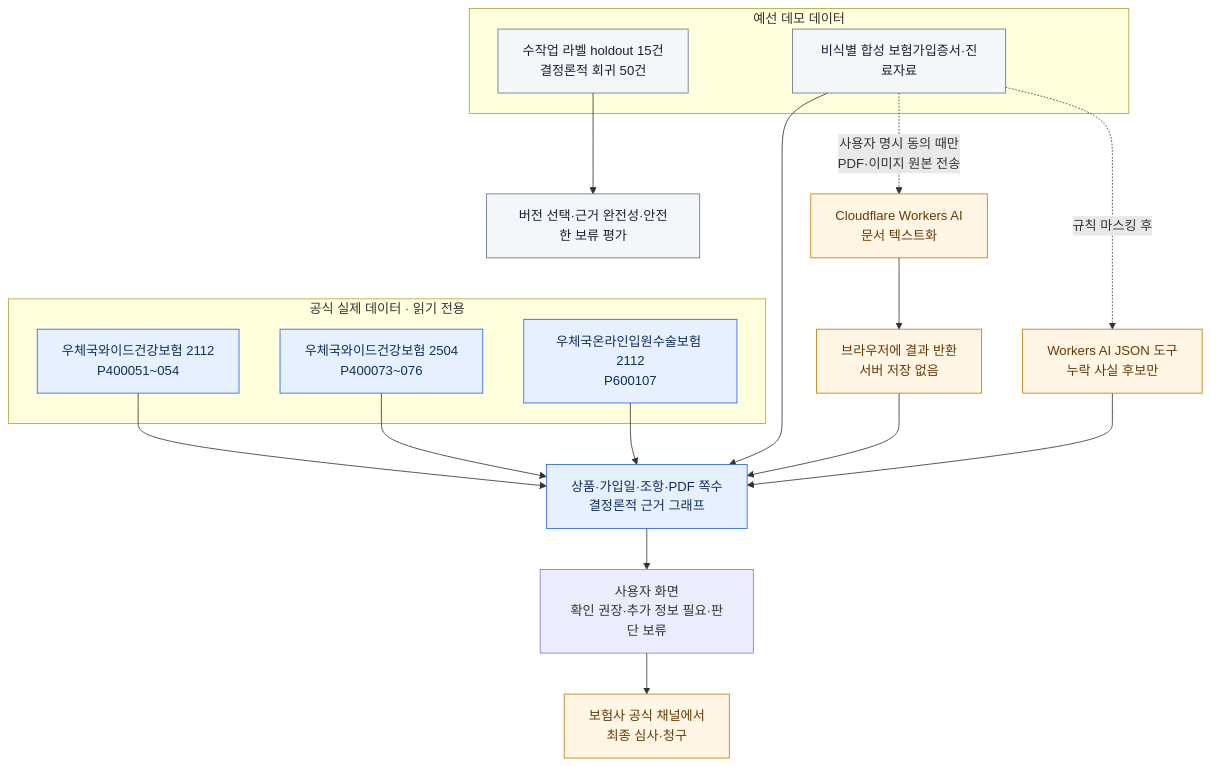
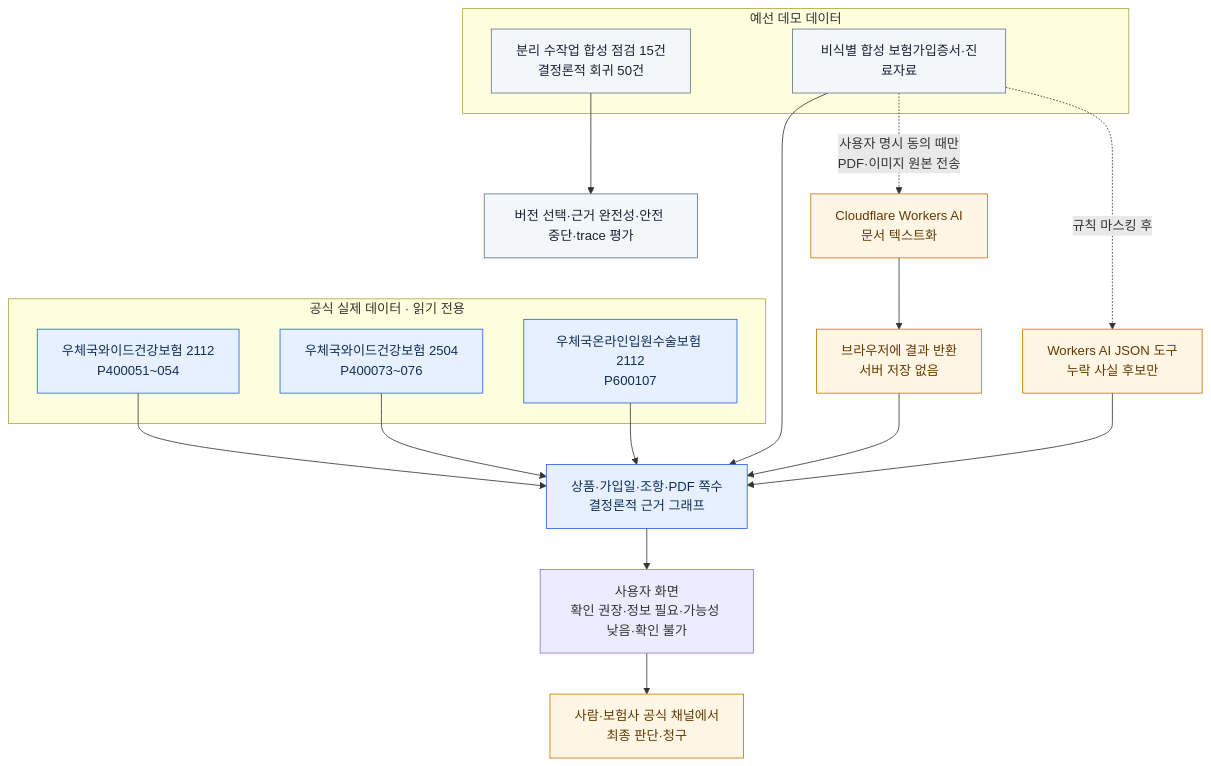
One commit to turtlehwan/2026-finance-ai-challenge changed the diagram in docs/diagrams/data-and-safety-boundary.mmd. Above: the diagram before and after it, drawn with Mermaid. The commit also changed 7 other files, not shown here.

```diff
--- a/docs/diagrams/data-and-safety-boundary.mmd
+++ b/docs/diagrams/data-and-safety-boundary.mmd
@@ -1,28 +1,28 @@
 flowchart TB
     subgraph Official["공식 실제 데이터 · 읽기 전용"]
       P1["우체국와이드건강보험 2112\nP400051~054"]
       P2["우체국와이드건강보험 2504\nP400073~076"]
       P3["우체국온라인입원수술보험 2112\nP600107"]
     end
     subgraph Demo["예선 데모 데이터"]
       S["비식별 합성 보험가입증서·진료자료"]
-      H["수작업 라벨 holdout 15건\n결정론적 회귀 50건"]
+      H["분리 수작업 합성 점검 15건\n결정론적 회귀 50건"]
     end
     P1 & P2 & P3 --> R["상품·가입일·조항·PDF 쪽수\n결정론적 근거 그래프"]
     S --> R
-    R --> A["사용자 화면\n확인 권장·추가 정보 필요·판단 보류"]
-    H --> Q["버전 선택·근거 완전성·안전한 보류 평가"]
+    R --> A["사용자 화면\n확인 권장·정보 필요·가능성 낮음·확인 불가"]
+    H --> Q["버전 선택·근거 완전성·안전 중단·trace 평가"]
 
     S -. "사용자 명시 동의 때만\nPDF·이미지 원본 전송" .-> W["Cloudflare Workers AI\n문서 텍스트화"]
     W --> M["브라우저에 결과 반환\n서버 저장 없음"]
     M --> R
     S -. "규칙 마스킹 후" .-> L["Workers AI JSON 도구\n누락 사실 후보만"]
     L --> R
-    A --> F["보험사 공식 채널에서\n최종 심사·청구"]
+    A --> F["사람·보험사 공식 채널에서\n최종 판단·청구"]
 
     classDef official fill:#E7F0FF,stroke:#2563EB,color:#0F2E59;
     classDef demo fill:#F4F7FA,stroke:#64748B,color:#172033;
     classDef boundary fill:#FFF6E5,stroke:#C87900,color:#653900;
     class P1,P2,P3,R official;
     class S,H,Q demo;
     class W,M,L,F boundary;
```
